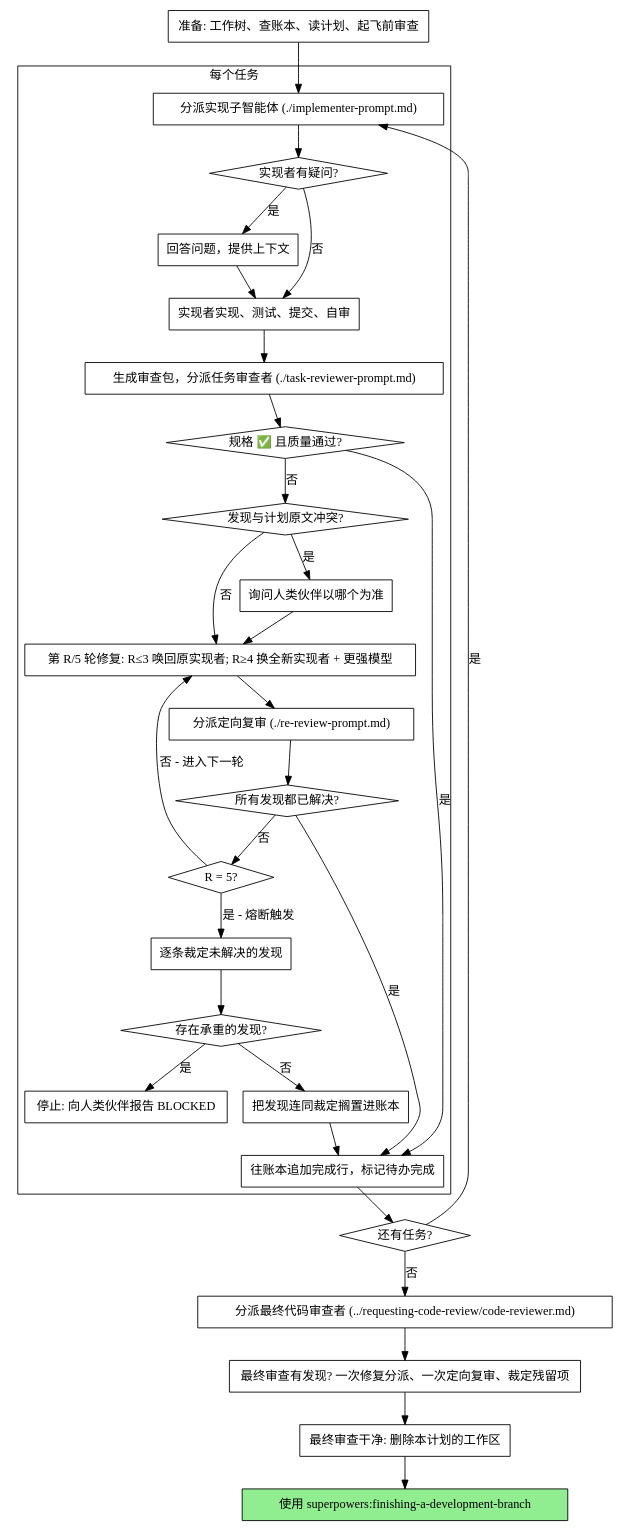
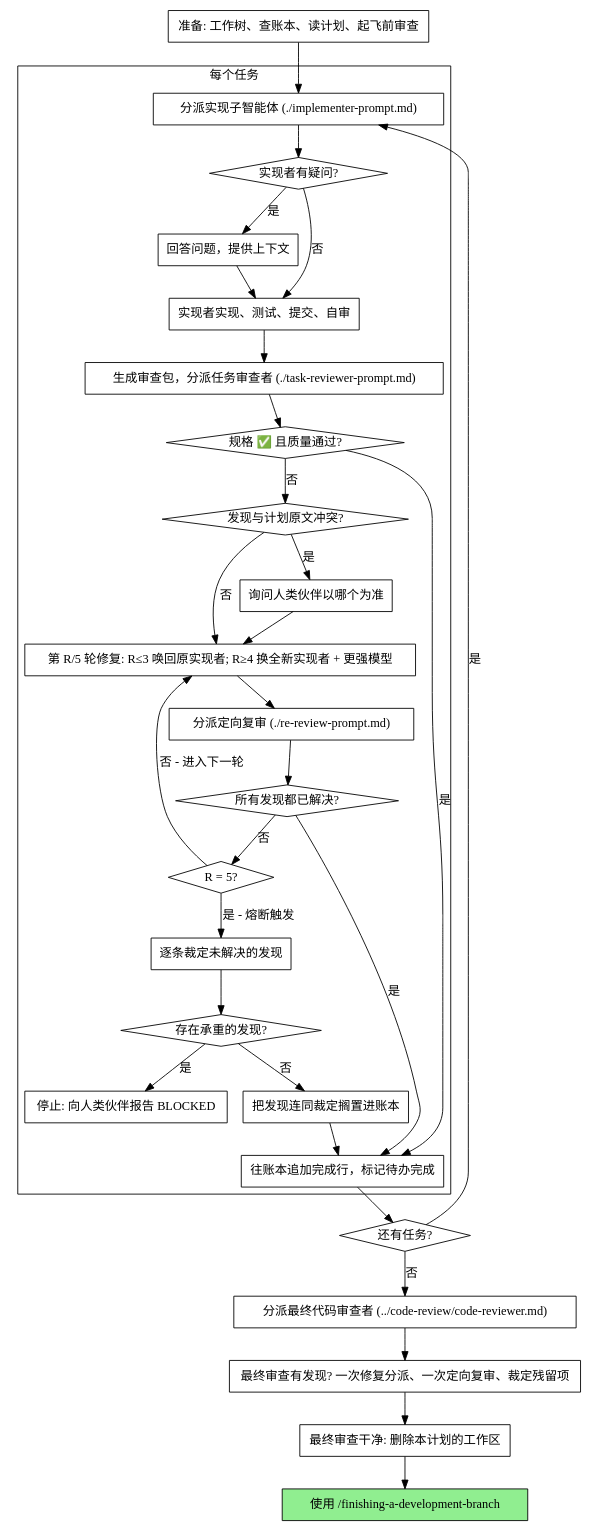
Before and after one commit to miozhou89/simple-skills: the second of 2 diagrams in skills/engineering/subagent-driven-development/SKILL.md, drawn with Graphviz. The commit also changed other lines of this file and 24 other files, not shown here.

````diff
--- a/skills/engineering/subagent-driven-development/SKILL.md
+++ b/skills/engineering/subagent-driven-development/SKILL.md
@@ -51,62 +46,62 @@
 ```dot
 digraph process {
     rankdir=TB;
 
     subgraph cluster_per_task {
         label="每个任务";
         "分派实现子智能体 (./implementer-prompt.md)" [shape=box];
         "实现者有疑问?" [shape=diamond];
         "回答问题，提供上下文" [shape=box];
         "实现者实现、测试、提交、自审" [shape=box];
         "生成审查包，分派任务审查者 (./task-reviewer-prompt.md)" [shape=box];
         "规格 ✅ 且质量通过?" [shape=diamond];
         "发现与计划原文冲突?" [shape=diamond];
         "询问人类伙伴以哪个为准" [shape=box];
         "第 R/5 轮修复: R≤3 唤回原实现者; R≥4 换全新实现者 + 更强模型" [shape=box];
         "分派定向复审 (./re-review-prompt.md)" [shape=box];
         "所有发现都已解决?" [shape=diamond];
         "R = 5?" [shape=diamond];
         "逐条裁定未解决的发现" [shape=box];
         "存在承重的发现?" [shape=diamond];
         "停止: 向人类伙伴报告 BLOCKED" [shape=box];
         "把发现连同裁定搁置进账本" [shape=box];
         "往账本追加完成行，标记待办完成" [shape=box];
     }
 
     "准备: 工作树、查账本、读计划、起飞前审查" [shape=box];
     "还有任务?" [shape=diamond];
-    "分派最终代码审查者 (../requesting-code-review/code-reviewer.md)" [shape=box];
+    "分派最终代码审查者 (../code-review/code-reviewer.md)" [shape=box];
     "最终审查有发现? 一次修复分派、一次定向复审、裁定残留项" [shape=box];
     "最终审查干净: 删除本计划的工作区" [shape=box];
-    "使用 superpowers:finishing-a-development-branch" [shape=box style=filled fillcolor=lightgreen];
+    "使用 /finishing-a-development-branch" [shape=box style=filled fillcolor=lightgreen];
 
     "准备: 工作树、查账本、读计划、起飞前审查" -> "分派实现子智能体 (./implementer-prompt.md)";
     "分派实现子智能体 (./implementer-prompt.md)" -> "实现者有疑问?";
     "实现者有疑问?" -> "回答问题，提供上下文" [label="是"];
     "回答问题，提供上下文" -> "实现者实现、测试、提交、自审";
     "实现者有疑问?" -> "实现者实现、测试、提交、自审" [label="否"];
     "实现者实现、测试、提交、自审" -> "生成审查包，分派任务审查者 (./task-reviewer-prompt.md)";
     "生成审查包，分派任务审查者 (./task-reviewer-prompt.md)" -> "规格 ✅ 且质量通过?";
     "规格 ✅ 且质量通过?" -> "往账本追加完成行，标记待办完成" [label="是"];
     "规格 ✅ 且质量通过?" -> "发现与计划原文冲突?" [label="否"];
     "发现与计划原文冲突?" -> "询问人类伙伴以哪个为准" [label="是"];
     "询问人类伙伴以哪个为准" -> "第 R/5 轮修复: R≤3 唤回原实现者; R≥4 换全新实现者 + 更强模型";
     "发现与计划原文冲突?" -> "第 R/5 轮修复: R≤3 唤回原实现者; R≥4 换全新实现者 + 更强模型" [label="否"];
     "第 R/5 轮修复: R≤3 唤回原实现者; R≥4 换全新实现者 + 更强模型" -> "分派定向复审 (./re-review-prompt.md)";
     "分派定向复审 (./re-review-prompt.md)" -> "所有发现都已解决?";
     "所有发现都已解决?" -> "往账本追加完成行，标记待办完成" [label="是"];
     "所有发现都已解决?" -> "R = 5?" [label="否"];
     "R = 5?" -> "第 R/5 轮修复: R≤3 唤回原实现者; R≥4 换全新实现者 + 更强模型" [label="否 - 进入下一轮"];
     "R = 5?" -> "逐条裁定未解决的发现" [label="是 - 熔断触发"];
     "逐条裁定未解决的发现" -> "存在承重的发现?";
     "存在承重的发现?" -> "停止: 向人类伙伴报告 BLOCKED" [label="是"];
     "存在承重的发现?" -> "把发现连同裁定搁置进账本" [label="否"];
     "把发现连同裁定搁置进账本" -> "往账本追加完成行，标记待办完成";
     "往账本追加完成行，标记待办完成" -> "还有任务?";
     "还有任务?" -> "分派实现子智能体 (./implementer-prompt.md)" [label="是"];
-    "还有任务?" -> "分派最终代码审查者 (../requesting-code-review/code-reviewer.md)" [label="否"];
-    "分派最终代码审查者 (../requesting-code-review/code-reviewer.md)" -> "最终审查有发现? 一次修复分派、一次定向复审、裁定残留项";
+    "还有任务?" -> "分派最终代码审查者 (../code-review/code-reviewer.md)" [label="否"];
+    "分派最终代码审查者 (../code-review/code-reviewer.md)" -> "最终审查有发现? 一次修复分派、一次定向复审、裁定残留项";
     "最终审查有发现? 一次修复分派、一次定向复审、裁定残留项" -> "最终审查干净: 删除本计划的工作区";
-    "最终审查干净: 删除本计划的工作区" -> "使用 superpowers:finishing-a-development-branch";
+    "最终审查干净: 删除本计划的工作区" -> "使用 /finishing-a-development-branch";
 }
 ```
````
